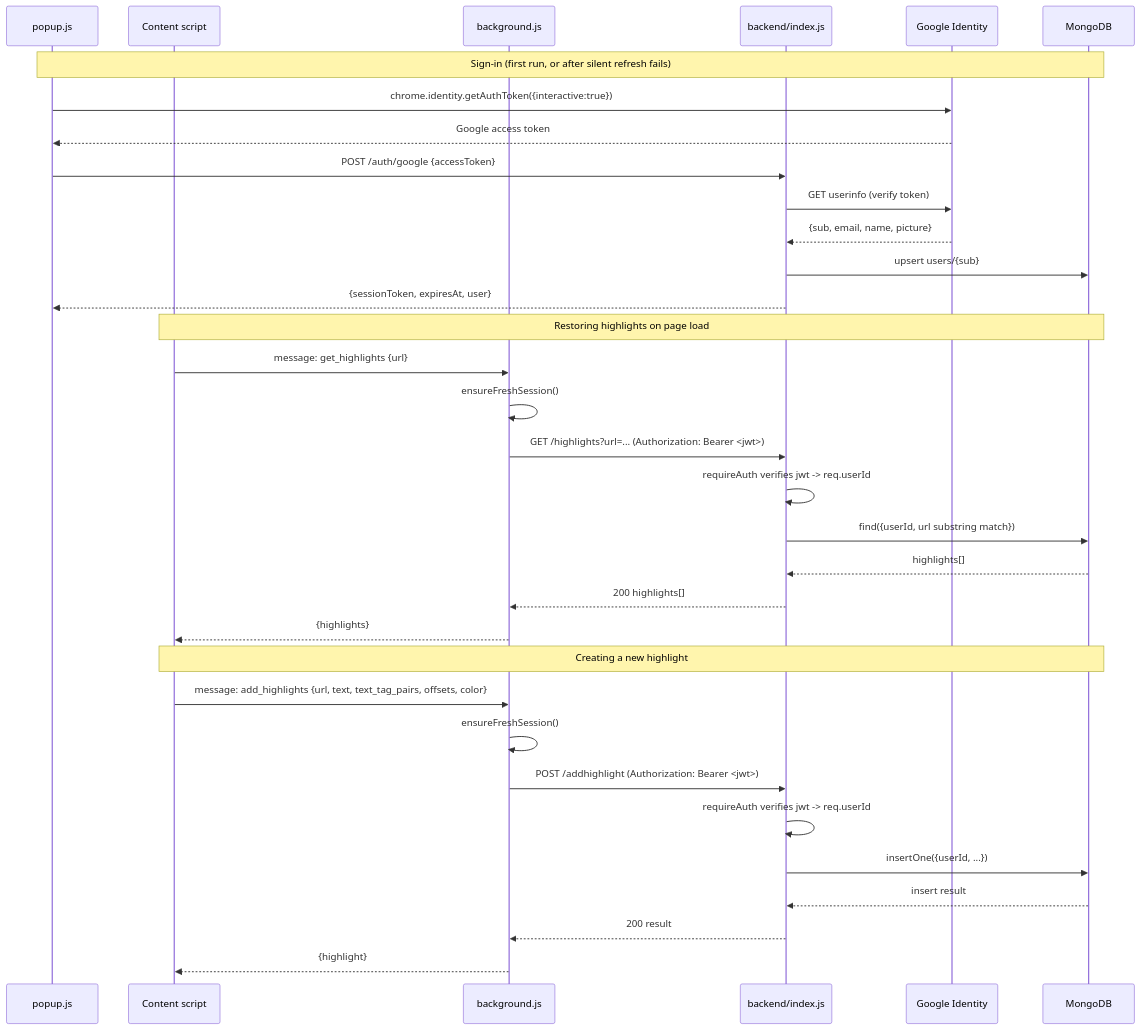
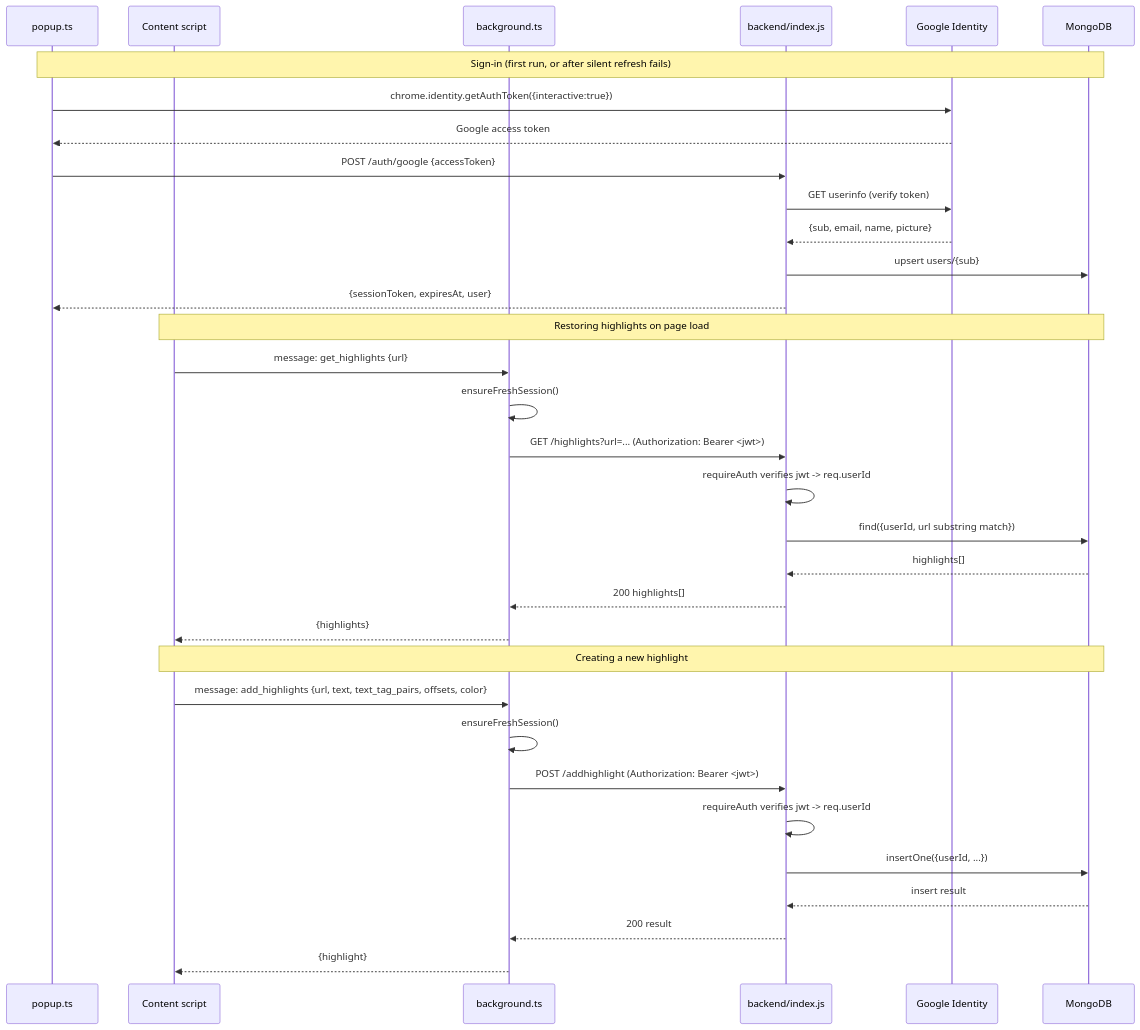
The diagram in backend/FUNCTIONS.md (Peterlau7520/Highlighter), drawn with Mermaid before and after one commit. The commit also changed other lines of this file and 26 other files, not shown here.

````diff
--- a/backend/FUNCTIONS.md
+++ b/backend/FUNCTIONS.md
@@ -22,38 +22,38 @@
 ```mermaid
 sequenceDiagram
-    participant PU as popup.js
+    participant PU as popup.ts
     participant CS as Content script
-    participant BG as background.js
+    participant BG as background.ts
     participant API as backend/index.js
     participant G as Google Identity
     participant DB as MongoDB
 
     Note over PU,DB: Sign-in (first run, or after silent refresh fails)
     PU->>G: chrome.identity.getAuthToken({interactive:true})
     G-->>PU: Google access token
     PU->>API: POST /auth/google {accessToken}
     API->>G: GET userinfo (verify token)
     G-->>API: {sub, email, name, picture}
     API->>DB: upsert users/{sub}
     API-->>PU: {sessionToken, expiresAt, user}
 
     Note over CS,DB: Restoring highlights on page load
     CS->>BG: message: get_highlights {url}
     BG->>BG: ensureFreshSession()
     BG->>API: GET /highlights?url=... (Authorization: Bearer <jwt>)
     API->>API: requireAuth verifies jwt -> req.userId
     API->>DB: find({userId, url substring match})
     DB-->>API: highlights[]
     API-->>BG: 200 highlights[]
     BG-->>CS: {highlights}
 
     Note over CS,DB: Creating a new highlight
     CS->>BG: message: add_highlights {url, text, text_tag_pairs, offsets, color}
     BG->>BG: ensureFreshSession()
     BG->>API: POST /addhighlight (Authorization: Bearer <jwt>)
     API->>API: requireAuth verifies jwt -> req.userId
     API->>DB: insertOne({userId, ...})
     DB-->>API: insert result
     API-->>BG: 200 result
     BG-->>CS: {highlight}
 ```
````
